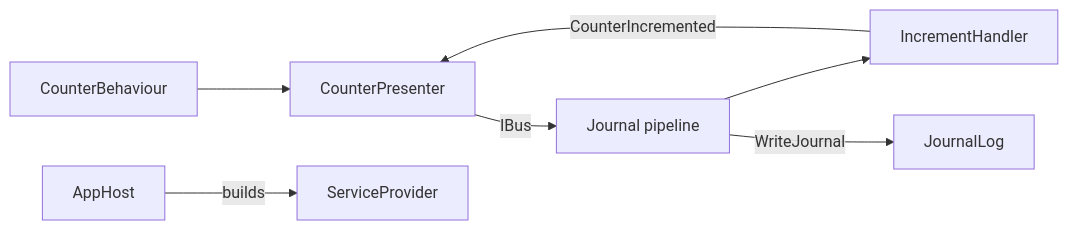
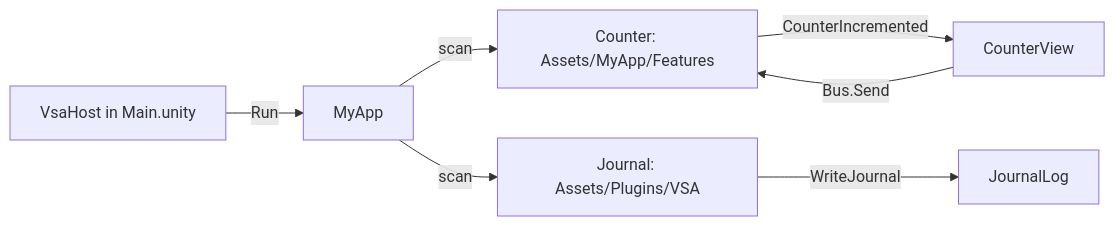
The diagram in README.md (MgCohen/vsa-consumer-unity), drawn with Mermaid before and after one commit. The commit also changed other lines of this file and 333 other files, not shown here.

First line of the commit message:
Use the com.vsa.core UPM package and the Unity layout

````diff
--- a/README.md
+++ b/README.md
@@ -9,9 +28,9 @@
 ```mermaid
 flowchart LR
-    B[CounterBehaviour] --> P[CounterPresenter]
-    P -->|IBus| J[Journal pipeline]
-    J --> IH[IncrementHandler]
-    IH -->|CounterIncremented| P
+    H[VsaHost in Main.unity] -->|Run| A[MyApp]
+    A -->|scan| C[Counter: Assets/MyApp/Features]
+    A -->|scan| J[Journal: Assets/Plugins/VSA]
+    V[CounterView] -->|Bus.Send| C
+    C -->|CounterIncremented| V
     J -->|WriteJournal| L[JournalLog]
-    A[AppHost] -->|builds| H[ServiceProvider]
 ```
````
